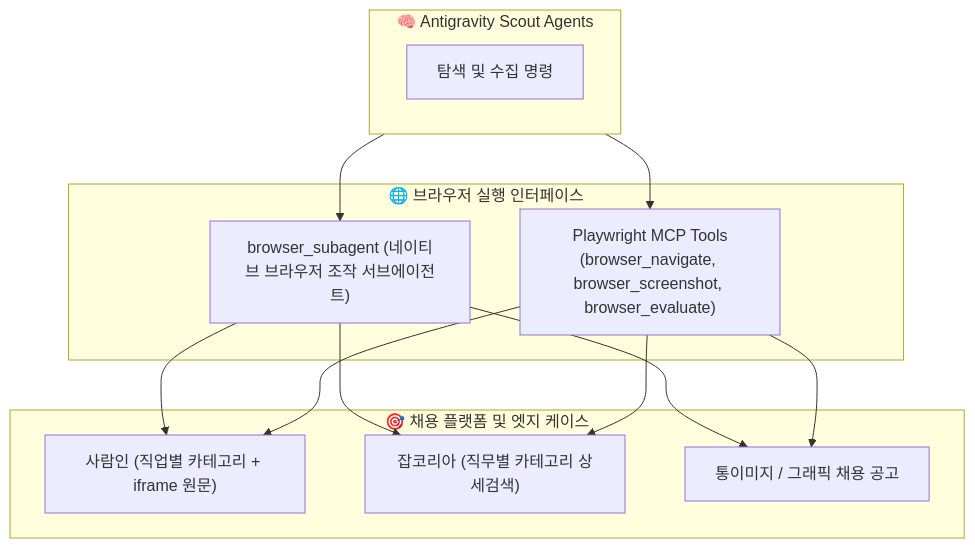
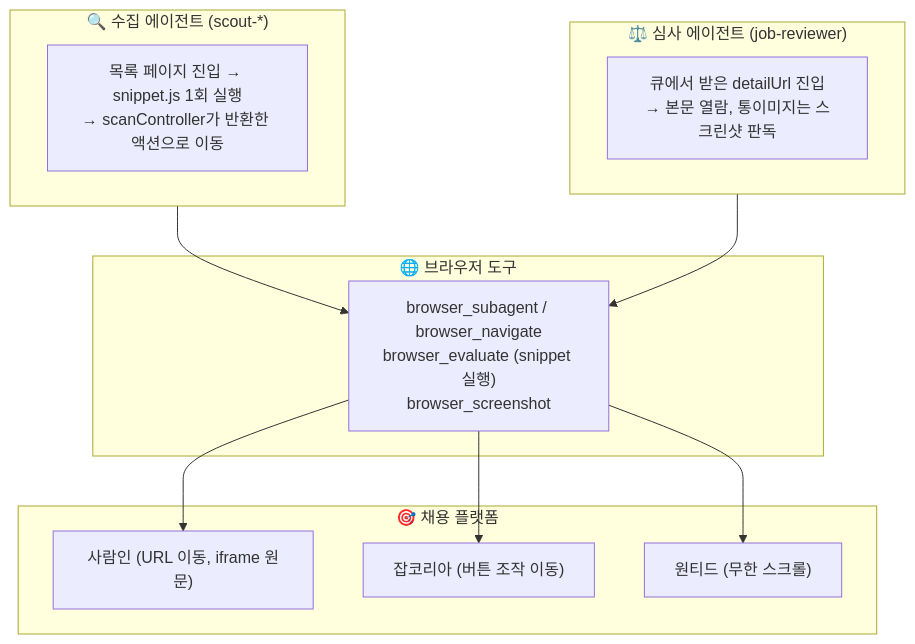
One commit to YeonShin/job-scraping-multi-agent changed the diagram in docs/04-browsing-and-mcp-strategy.md. Above: the diagram before and after it, drawn with Mermaid. The commit also changed other lines of this file and 9 other files, not shown here.

Commit message:
docs: 파이프라인 규격 문서 및 설계 문서 최신화 - pipeline-spec.md 추가: 공고키, 파일 배치, 스키마, CLI 규격의 단일 원천 - 아키텍처, 에이전트 명세, 브라우징 전략을 수집/심사 분리 구조로 갱신 - 노션 스키마 문서에 공고키 속성과 중복 판정 순서 추가 - 하네스 문서의 재시도, 종료 사유, 체크포인트 규격을 코드에 맞게 정정 - README, AGENTS.md를 8단계 운영 프로토콜 기준으로 갱신

````diff
--- a/docs/04-browsing-and-mcp-strategy.md
+++ b/docs/04-browsing-and-mcp-strategy.md
@@ -9,20 +9,24 @@
 ```mermaid
 flowchart TD
-    subgraph AgentMind ["🧠 Antigravity Scout Agents"]
-        AgentAction["탐색 및 수집 명령"]
+    subgraph Scout ["🔍 수집 에이전트 (scout-*)"]
+        ScoutAction["목록 페이지 진입 → snippet.js 1회 실행<br/>→ scanController가 반환한 액션으로 이동"]
     end
 
-    subgraph BrowserInterface ["🌐 브라우저 실행 인터페이스"]
-        SubAgent["browser_subagent (네이티브 브라우저 조작 서브에이전트)"]
-        PlaywrightMCP["Playwright MCP Tools<br/>(browser_navigate, browser_screenshot, browser_evaluate)"]
+    subgraph Reviewer ["⚖️ 심사 에이전트 (job-reviewer)"]
+        ReviewAction["큐에서 받은 detailUrl 진입<br/>→ 본문 열람, 통이미지는 스크린샷 판독"]
     end
 
-    subgraph Targets ["🎯 채용 플랫폼 및 엣지 케이스"]
-        Saramin["사람인 (직업별 카테고리 + iframe 원문)"]
-        Jobkorea["잡코리아 (직무별 카테고리 상세검색)"]
-        ImageBanner["통이미지 / 그래픽 채용 공고"]
+    subgraph BrowserInterface ["🌐 브라우저 도구"]
+        Tools["browser_subagent / browser_navigate<br/>browser_evaluate (snippet 실행)<br/>browser_screenshot"]
     end
 
-    AgentMind --> SubAgent & PlaywrightMCP
-    SubAgent & PlaywrightMCP --> Saramin & Jobkorea & ImageBanner
+    subgraph Targets ["🎯 채용 플랫폼"]
+        Saramin["사람인 (URL 이동, iframe 원문)"]
+        Jobkorea["잡코리아 (버튼 조작 이동)"]
+        Wanted["원티드 (무한 스크롤)"]
+    end
+
+    Scout --> Tools
+    Reviewer --> Tools
+    Tools --> Saramin & Jobkorea & Wanted
 ```
````
